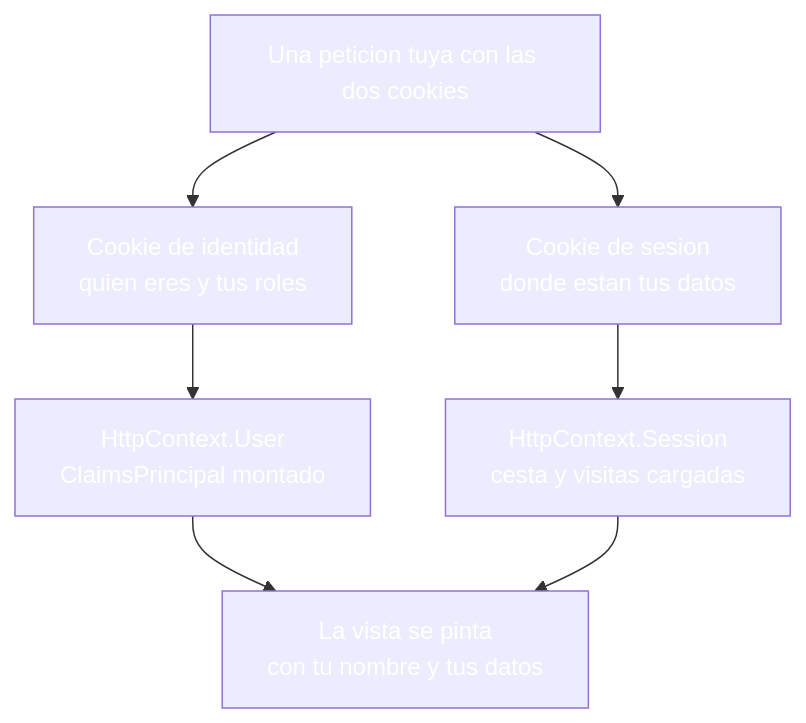
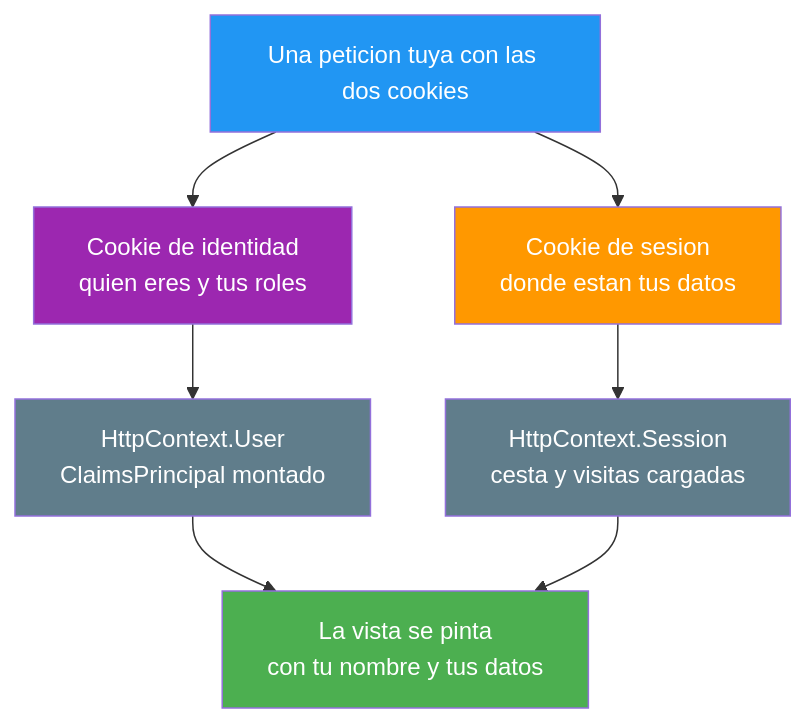
Before and after one commit to joseluisgs/DesarrolloWebEntornosServidor-03-2026-2027: the fourth of 8 diagrams in 19-autenticacion-identity.md, drawn with Mermaid. The commit also changed other lines of this file and 25 other files, not shown here.

Commit message:
docs: corregir los estilos Mermaid de los temas y alinear el dominio del tema 25 con ProductosApp

````diff
--- a/19-autenticacion-identity.md
+++ b/19-autenticacion-identity.md
@@ -162,15 +162,15 @@
 ```mermaid
 graph TD
     P["Una peticion tuya con las dos cookies"] --> CI["Cookie de identidad<br/>quien eres y tus roles"]
     P --> CS["Cookie de sesion<br/>donde estan tus datos"]
     CI --> U["HttpContext.User<br/>ClaimsPrincipal montado"]
     CS --> D["HttpContext.Session<br/>cesta y visitas cargadas"]
     U --> R["La vista se pinta<br/>con tu nombre y tus datos"]
     D --> R
-    style P fill:#2196F,color:#fff3,color:#fff
-    style CI fill:#9C27B,color:#fff0,color:#fff
-    style CS fill:#FF980,color:#fff0,color:#fff
-    style U fill:#607D8,color:#fffB,color:#fff
-    style D fill:#607D8,color:#fffB,color:#fff
-    style R fill:#4CAF5,color:#fff0,color:#fff
+    style P fill:#2196F3,color:#fff
+    style CI fill:#9C27B0,color:#fff
+    style CS fill:#FF9800,color:#fff
+    style U fill:#607D8B,color:#fff
+    style D fill:#607D8B,color:#fff
+    style R fill:#4CAF50,color:#fff
 ```
````
